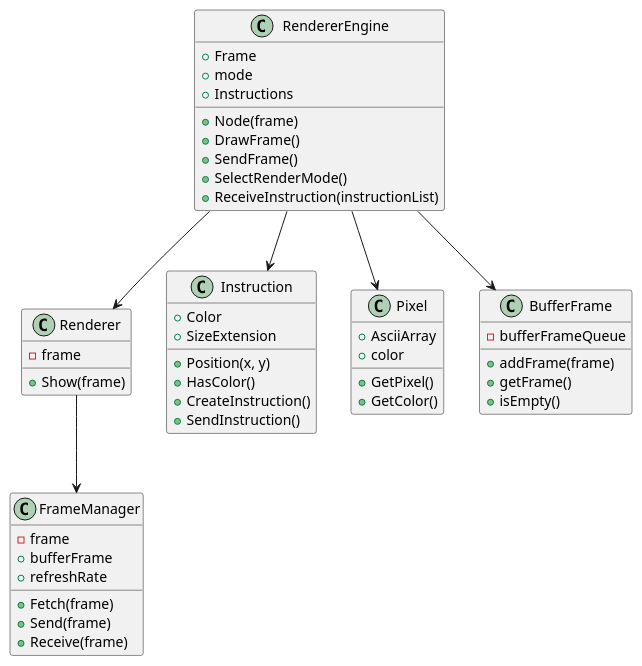
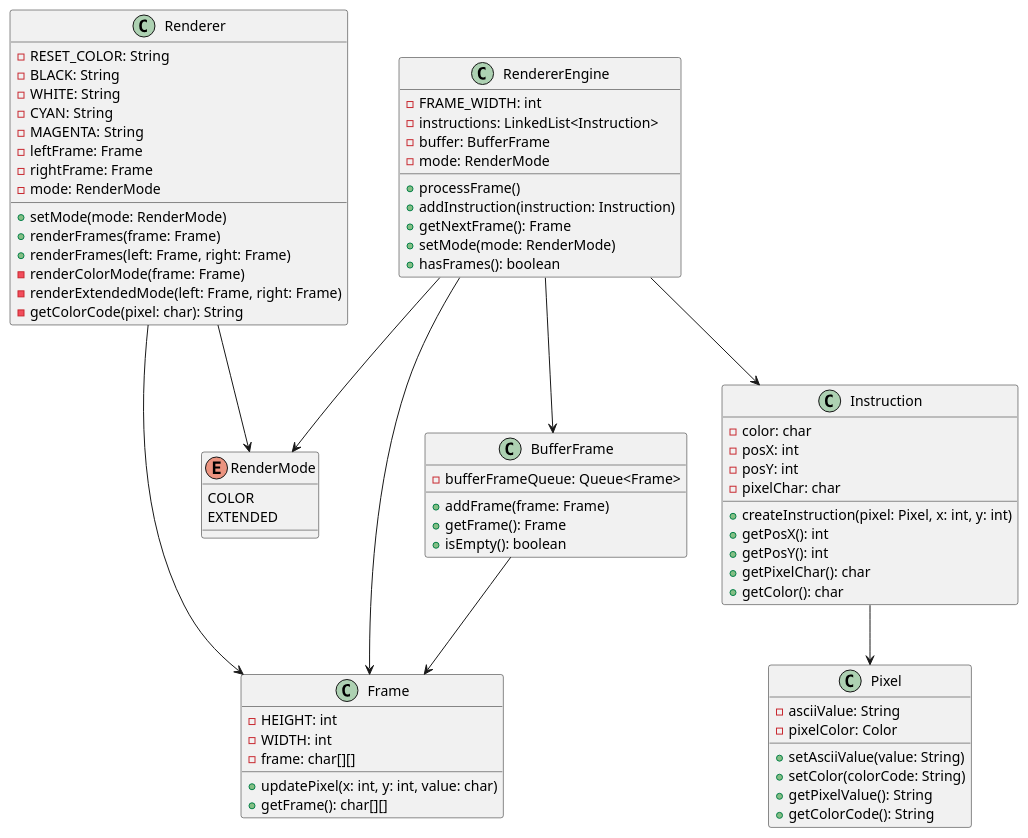
The diagram in entregas/SaucedoIan/reto00/SOURCE/diagram.puml (mmasias/24-25-EDA2), drawn with PlantUML before and after one commit. The commit also changed 13 other files, not shown here.

```diff
--- a/entregas/SaucedoIan/reto00/SOURCE/diagram.puml
+++ b/entregas/SaucedoIan/reto00/SOURCE/diagram.puml
@@ -1,55 +1,81 @@
 @startuml
 class Renderer {
-    -frame
-    +Show(frame)
+    -RESET_COLOR: String
+    -BLACK: String
+    -WHITE: String
+    -CYAN: String
+    -MAGENTA: String
+    -leftFrame: Frame
+    -rightFrame: Frame
+    -mode: RenderMode
+    +setMode(mode: RenderMode)
+    +renderFrames(frame: Frame)
+    +renderFrames(left: Frame, right: Frame)
+    -renderColorMode(frame: Frame)
+    -renderExtendedMode(left: Frame, right: Frame)
+    -getColorCode(pixel: char): String
 }
 
-class FrameManager {
-    -frame
-    +bufferFrame
-    +refreshRate
-    +Fetch(frame)
-    +Send(frame)
-    +Receive(frame)
+enum RenderMode {
+    COLOR
+    EXTENDED
+}
+
+class Frame {
+    -HEIGHT: int
+    -WIDTH: int
+    -frame: char[][]
+    +updatePixel(x: int, y: int, value: char)
+    +getFrame(): char[][]
 }
 
 class RendererEngine {
-    +Node(frame)
-    +Frame
-    +mode
-    +Instructions
-    +DrawFrame()
-    +SendFrame()
-    +SelectRenderMode()
-    +ReceiveInstruction(instructionList)
+    -FRAME_WIDTH: int
+    -instructions: LinkedList<Instruction>
+    -buffer: BufferFrame
+    -mode: RenderMode
+    +processFrame()
+    +addInstruction(instruction: Instruction)
+    +getNextFrame(): Frame
+    +setMode(mode: RenderMode)
+    +hasFrames(): boolean
 }
 
 class Instruction {
-    +Color
-    +SizeExtension
-    +Position(x, y)
-    +HasColor()
-    +CreateInstruction()
-    +SendInstruction()
+    -color: char
+    -posX: int
+    -posY: int
+    -pixelChar: char
+    +createInstruction(pixel: Pixel, x: int, y: int)
+    +getPosX(): int
+    +getPosY(): int
+    +getPixelChar(): char
+    +getColor(): char
 }
 
 class Pixel {
-    +AsciiArray
-    +color
-    +GetPixel()
-    +GetColor()
+    -asciiValue: String
+    -pixelColor: Color
+    +setAsciiValue(value: String)
+    +setColor(colorCode: String)
+    +getPixelValue(): String
+    +getColorCode(): String
 }
 
 class BufferFrame {
-    -bufferFrameQueue
-    +addFrame(frame)
-    +getFrame()
-    +isEmpty()
+    -bufferFrameQueue: Queue<Frame>
+    +addFrame(frame: Frame)
+    +getFrame(): Frame
+    +isEmpty(): boolean
 }
 
-Renderer --> FrameManager
-RendererEngine --> Renderer
+Renderer --> Frame
+Renderer --> RenderMode
+RendererEngine --> BufferFrame
 RendererEngine --> Instruction
-RendererEngine --> Pixel
-RendererEngine --> BufferFrame
+RendererEngine --> Frame
+RendererEngine --> RenderMode
+Instruction --> Pixel
+BufferFrame --> Frame
+
 @enduml
```
